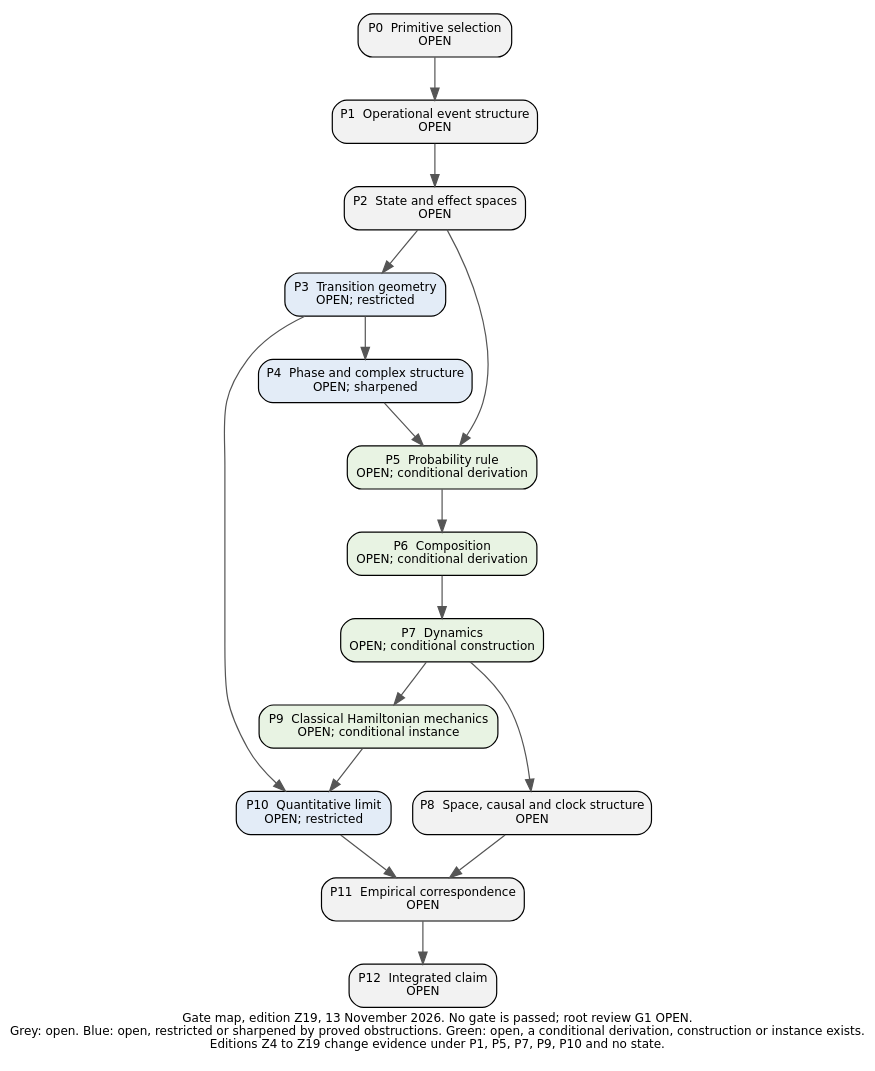
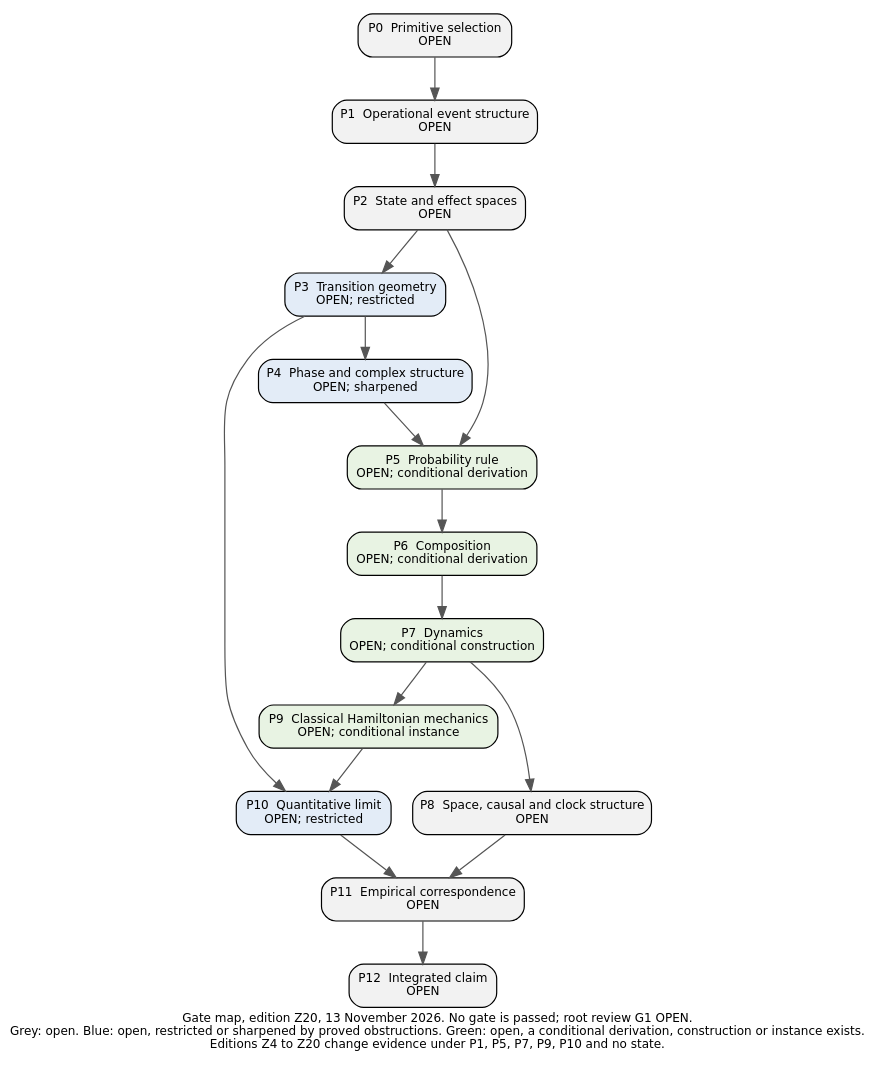
The diagram in edition/PROGRAM/figures/Gate_Map_2026-11-13.dot (KirtusJ/From-Prephysical-Hypotheses-to-Physical-Models), drawn with Graphviz before and after one commit. The commit also changed 170 other files, not shown here.

```diff
--- a/edition/PROGRAM/figures/Gate_Map_2026-11-13.dot
+++ b/edition/PROGRAM/figures/Gate_Map_2026-11-13.dot
@@ -1,30 +1,30 @@
-digraph G { rankdir=TB; node [shape=box, style="filled,rounded", fontname="DejaVu Sans", fontsize=10, margin="0.12,0.07"]; edge [color="#555555"]; label="Gate map, edition Z19, 13 November 2026. No gate is passed; root review G1 OPEN.\nGrey: open. Blue: open, restricted or sharpened by proved obstructions. Green: open, a conditional derivation, construction or instance exists.\nEditions Z4 to Z19 change evidence under P1, P5, P7, P9, P10 and no state."; fontname="DejaVu Sans"; fontsize=10; labelloc=b;
+digraph G { rankdir=TB; node [shape=box, style="filled,rounded", fontname="DejaVu Sans", fontsize=10, margin="0.12,0.07"]; edge [color="#555555"]; label="Gate map, edition Z20, 13 November 2026. No gate is passed; root review G1 OPEN.\nGrey: open. Blue: open, restricted or sharpened by proved obstructions. Green: open, a conditional derivation, construction or instance exists.\nEditions Z4 to Z20 change evidence under P1, P5, P7, P9, P10 and no state."; fontname="DejaVu Sans"; fontsize=10; labelloc=b;
 P0 [label="P0  Primitive selection\nOPEN", fillcolor="#f2f2f2"];
 P1 [label="P1  Operational event structure\nOPEN", fillcolor="#f2f2f2"];
 P2 [label="P2  State and effect spaces\nOPEN", fillcolor="#f2f2f2"];
 P3 [label="P3  Transition geometry\nOPEN; restricted", fillcolor="#e3ecf7"];
 P4 [label="P4  Phase and complex structure\nOPEN; sharpened", fillcolor="#e3ecf7"];
 P5 [label="P5  Probability rule\nOPEN; conditional derivation", fillcolor="#e8f3e3"];
 P6 [label="P6  Composition\nOPEN; conditional derivation", fillcolor="#e8f3e3"];
 P7 [label="P7  Dynamics\nOPEN; conditional construction", fillcolor="#e8f3e3"];
 P8 [label="P8  Space, causal and clock structure\nOPEN", fillcolor="#f2f2f2"];
 P9 [label="P9  Classical Hamiltonian mechanics\nOPEN; conditional instance", fillcolor="#e8f3e3"];
 P10 [label="P10  Quantitative limit\nOPEN; restricted", fillcolor="#e3ecf7"];
 P11 [label="P11  Empirical correspondence\nOPEN", fillcolor="#f2f2f2"];
 P12 [label="P12  Integrated claim\nOPEN", fillcolor="#f2f2f2"];
 P0 -> P1;
 P1 -> P2;
 P2 -> P3;
 P3 -> P4;
 P2 -> P5;
 P4 -> P5;
 P5 -> P6;
 P6 -> P7;
 P7 -> P8;
 P7 -> P9;
 P3 -> P10;
 P9 -> P10;
 P8 -> P11;
 P10 -> P11;
 P11 -> P12;
 }
```
